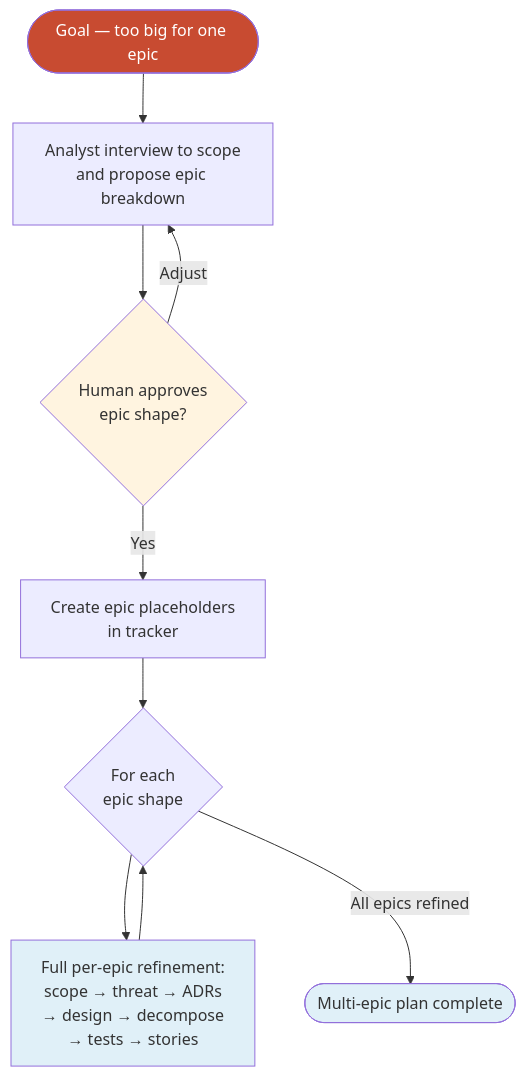
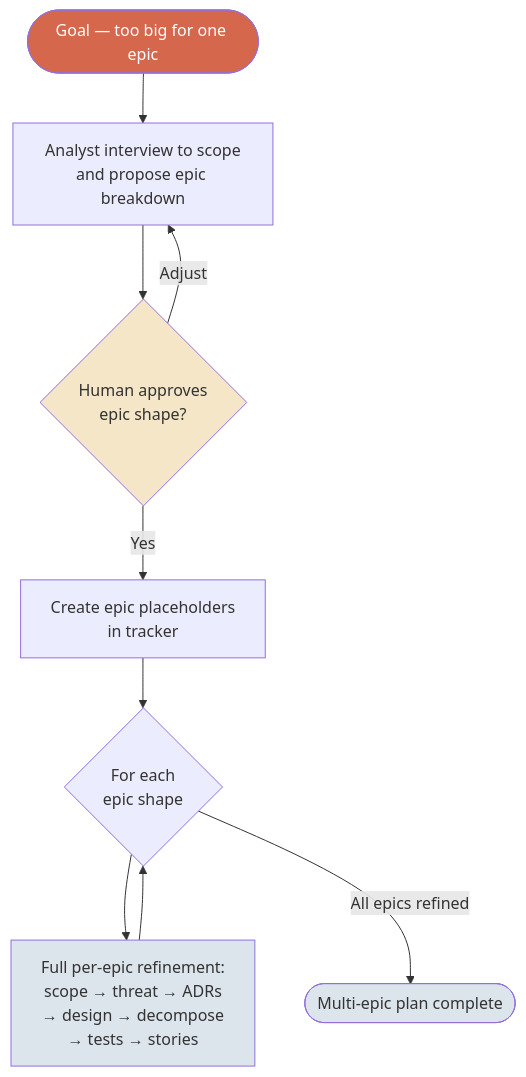
One commit to nlawstudio/ai-refinement-method changed the eighth of 17 diagrams in METHOD.md. Above: the diagram before and after it, drawn with Mermaid. The commit also changed other lines of this file and 1 other file, not shown here.

````diff
--- a/METHOD.md
+++ b/METHOD.md
@@ -836,17 +857,17 @@
 ```mermaid
 flowchart TB
     Goal([Goal — too big for one epic])
     Goal --> EpicAnalyst[Analyst interview to scope<br/>and propose epic breakdown]
     EpicAnalyst --> Review{Human approves<br/>epic shape?}
     Review -->|Adjust| EpicAnalyst
     Review -->|Yes| Epictracker[Create epic placeholders<br/>in tracker]
     Epictracker --> PerEpic{For each<br/>epic shape}
     PerEpic --> FullFlow[Full per-epic refinement:<br/>scope → threat → ADRs<br/>→ design → decompose<br/>→ tests → stories]
     FullFlow --> PerEpic
     PerEpic -->|All epics refined| Complete([Multi-epic plan complete])
 
-    style Goal fill:#C84B31,color:#fff
-    style Review fill:#fff4e0
-    style FullFlow fill:#e0f0f8
-    style Complete fill:#e0f0f8
+    style Goal fill:#D5674C,color:#fff
+    style Review fill:#F4E6C6
+    style FullFlow fill:#DCE4EC
+    style Complete fill:#DCE4EC
 ```
````
